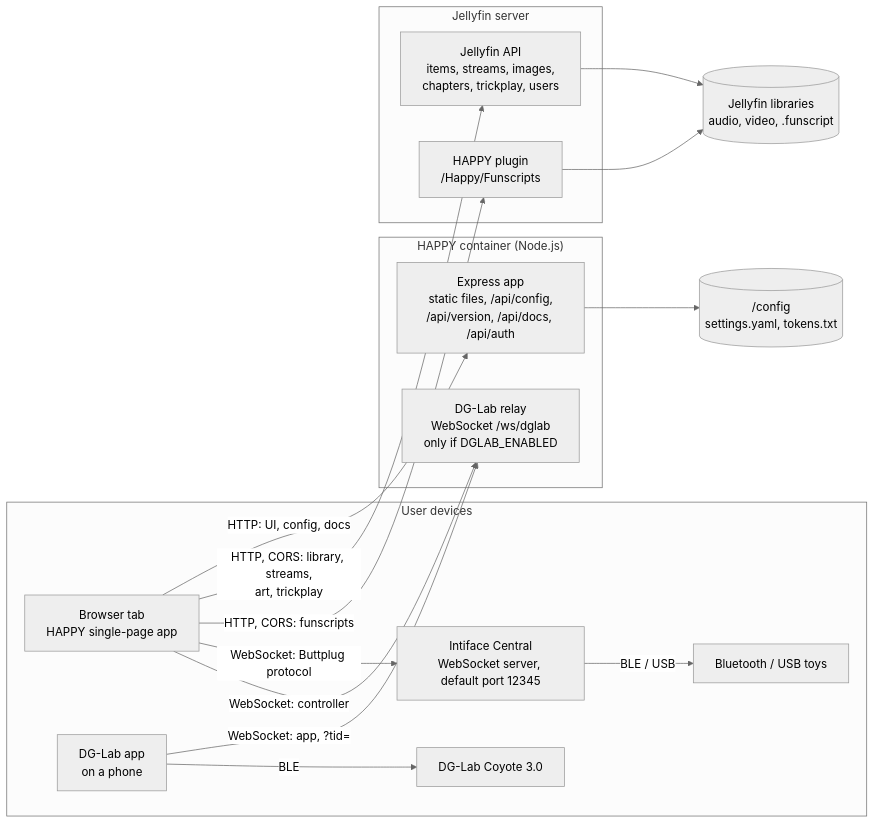
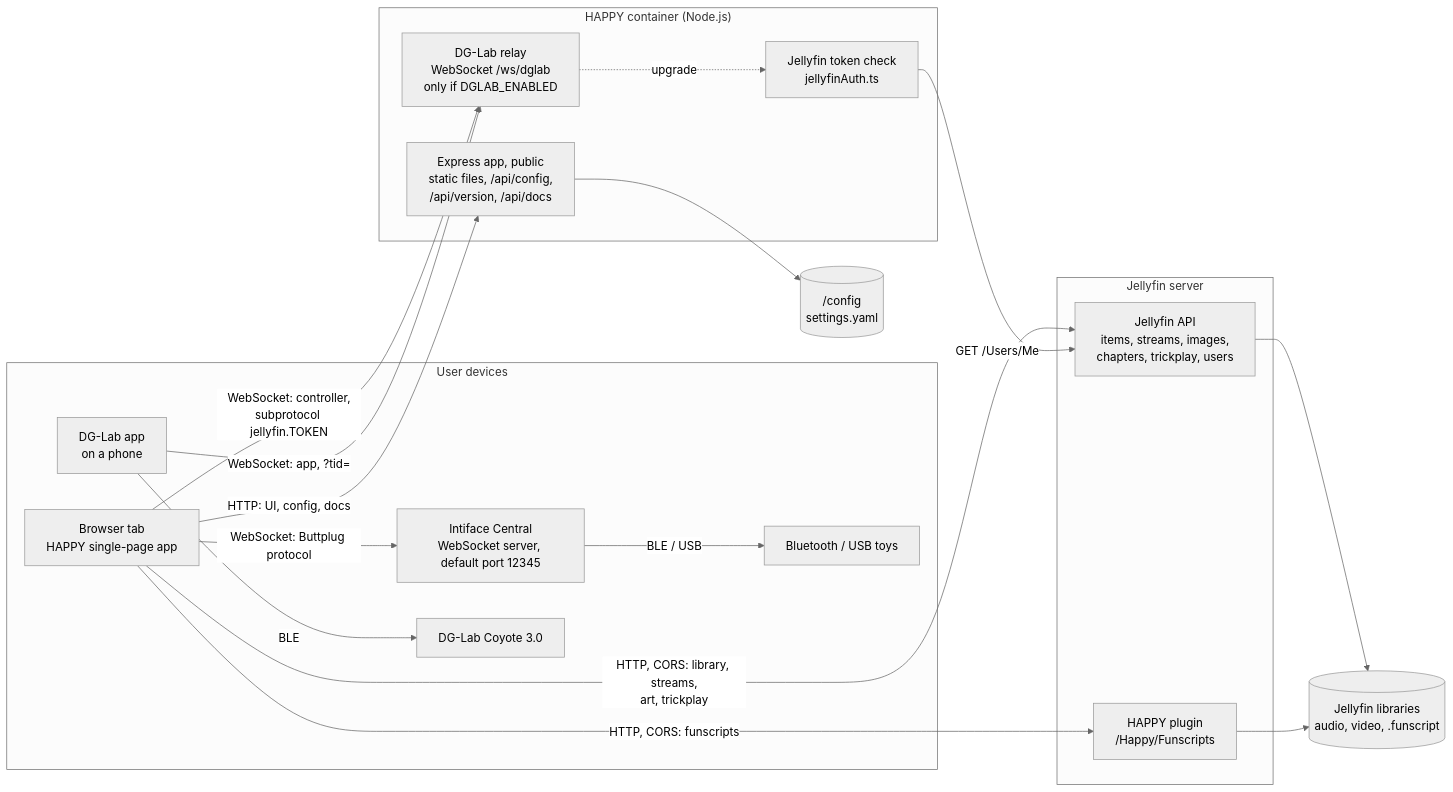
Before and after one commit to lumbar-spine-support/docker-haptic-player: the first of 3 diagrams in docs/developer/architecture.md, drawn with Mermaid (neutral theme). The commit also changed other lines of this file and 10 other files, not shown here.

````diff
--- a/docs/developer/architecture.md
+++ b/docs/developer/architecture.md
@@ -11,35 +11,38 @@
 ```mermaid
 flowchart LR
   subgraph userDevices["User devices"]
     Browser["Browser tab<br/>HAPPY single-page app"]
     Intiface["Intiface Central<br/>WebSocket server, default port 12345"]
     Toys["Bluetooth / USB toys"]
     DGApp["DG-Lab app<br/>on a phone"]
     Coyote["DG-Lab Coyote 3.0"]
   end
 
   subgraph container["HAPPY container (Node.js)"]
-    Express["Express app<br/>static files, /api/config,<br/>/api/version, /api/docs, /api/auth"]
+    Express["Express app, public<br/>static files, /api/config,<br/>/api/version, /api/docs"]
     Relay["DG-Lab relay<br/>WebSocket /ws/dglab<br/>only if DGLAB_ENABLED"]
+    TokenCheck["Jellyfin token check<br/>jellyfinAuth.ts"]
   end
 
   subgraph jellyfin["Jellyfin server"]
     JF["Jellyfin API<br/>items, streams, images,<br/>chapters, trickplay, users"]
     Plugin["HAPPY plugin<br/>/Happy/Funscripts"]
   end
 
   MediaVol[("Jellyfin libraries<br/>audio, video, .funscript")]
-  ConfigVol[("/config<br/>settings.yaml, tokens.txt")]
+  ConfigVol[("/config<br/>settings.yaml")]
 
   Browser -- "HTTP: UI, config, docs" --> Express
   Browser -- "HTTP, CORS: library, streams,<br/>art, trickplay" --> JF
   Browser -- "HTTP, CORS: funscripts" --> Plugin
   Browser -- "WebSocket: Buttplug protocol" --> Intiface
   Intiface -- "BLE / USB" --> Toys
-  Browser -- "WebSocket: controller" --> Relay
+  Browser -- "WebSocket: controller,<br/>subprotocol jellyfin.TOKEN" --> Relay
+  Relay -. "upgrade" .-> TokenCheck
+  TokenCheck -- "GET /Users/Me" --> JF
   DGApp -- "WebSocket: app, ?tid=" --> Relay
   DGApp -- BLE --> Coyote
   Express --> ConfigVol
   JF --> MediaVol
   Plugin --> MediaVol
 ```
````
